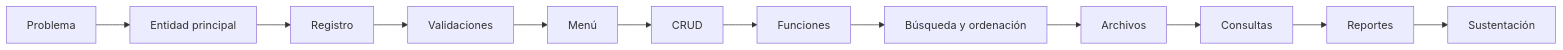
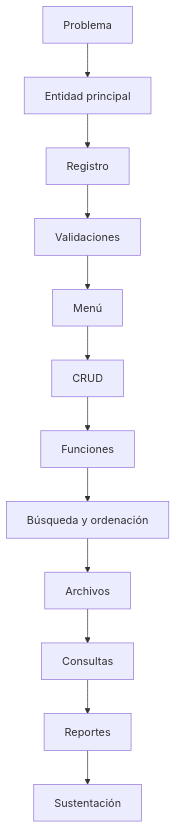
One commit to 262fp/market-cli changed the diagram in docs/proyecto-sello/index.md. Above: the diagram before and after it, drawn with Mermaid. The commit also changed other lines of this file, not shown here.

````diff
--- a/docs/proyecto-sello/index.md
+++ b/docs/proyecto-sello/index.md
@@ -63,14 +63,14 @@
 ```mermaid
-flowchart LR
+flowchart TB
     A[Problema] --> B[Entidad principal]
     B --> C[Registro]
     C --> D[Validaciones]
     D --> E[Menú]
     E --> F[CRUD]
     F --> G[Funciones]
     G --> H[Búsqueda y ordenación]
     H --> I[Archivos]
     I --> J[Consultas]
     J --> K[Reportes]
     K --> L[Sustentación]
 ```
````
